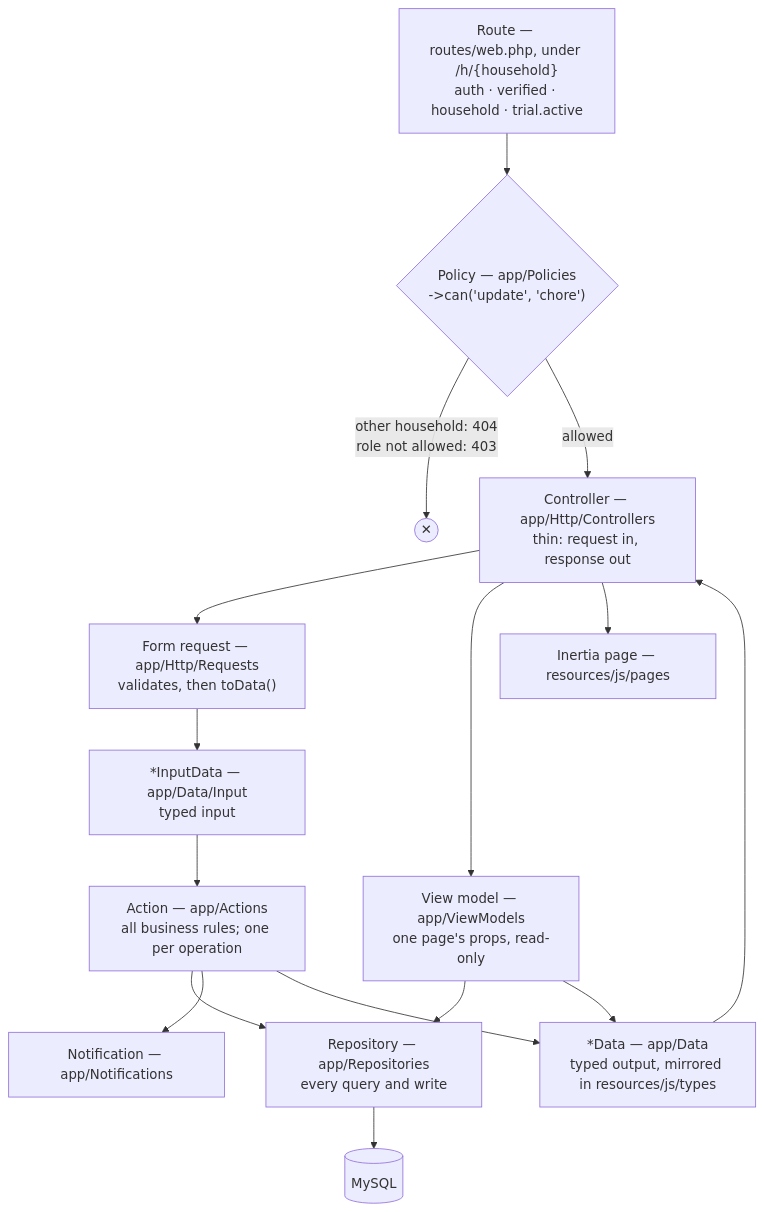
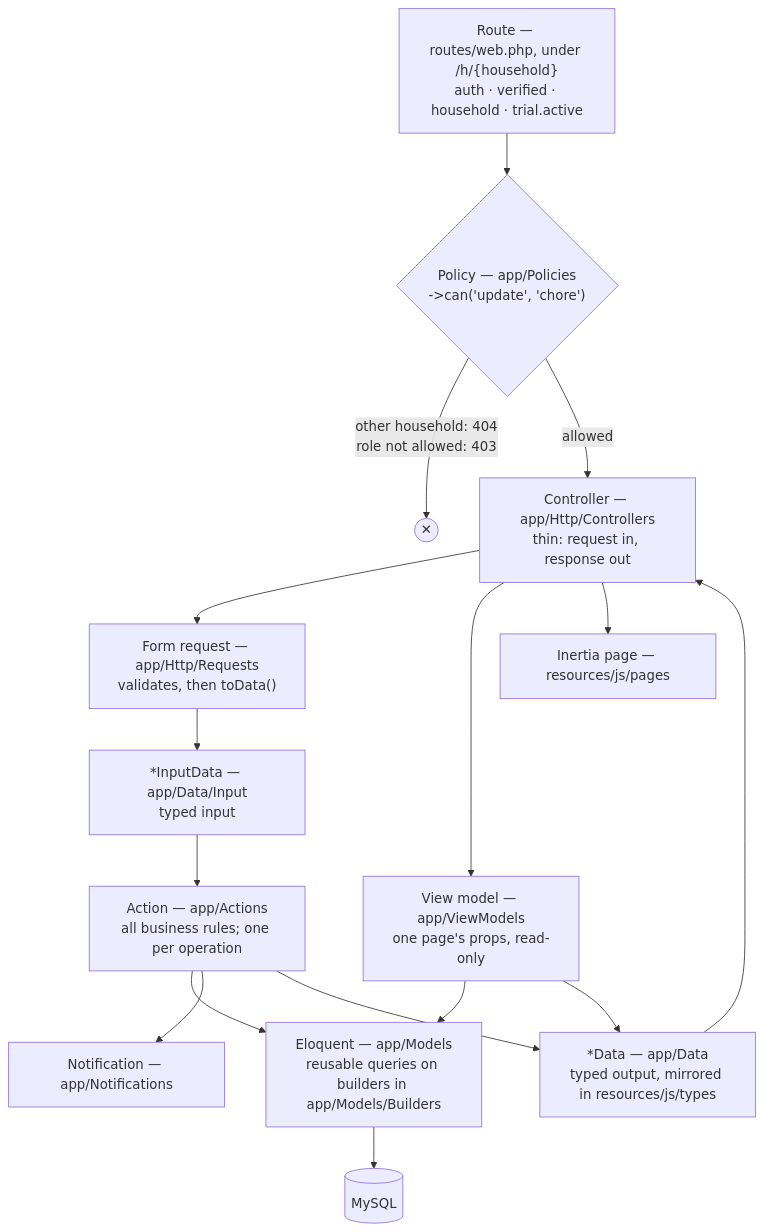
The fourth of 5 diagrams in README.md (owensanders/ryh), drawn with Mermaid before and after one commit. The commit also changed other lines of this file and 15 other files, not shown here.

First line of the commit message:
Replace the chore repository with Eloquent and a builder

````diff
--- a/README.md
+++ b/README.md
@@ -245,26 +245,26 @@
 ```mermaid
 flowchart TD
     route["Route — routes/web.php, under /h/{household}<br/>auth · verified · household · trial.active"]
     policy{"Policy — app/Policies<br/>->can('update', 'chore')"}
     controller["Controller — app/Http/Controllers<br/>thin: request in, response out"]
     request["Form request — app/Http/Requests<br/>validates, then toData()"]
     input["*InputData — app/Data/Input<br/>typed input"]
     usecase["Action — app/Actions<br/>all business rules; one per operation"]
     viewmodel["View model — app/ViewModels<br/>one page's props, read-only"]
-    repo["Repository — app/Repositories<br/>every query and write"]
+    repo["Eloquent — app/Models<br/>reusable queries on builders in app/Models/Builders"]
     db[("MySQL")]
     data["*Data — app/Data<br/>typed output, mirrored in resources/js/types"]
     page["Inertia page — resources/js/pages"]
     notification["Notification — app/Notifications"]
 
     route --> policy
     policy -- "other household: 404<br/>role not allowed: 403" --> stop(("✕"))
     policy -- "allowed" --> controller
     controller --> request --> input --> usecase
     usecase --> repo --> db
     usecase --> notification
     usecase --> data --> controller
     controller --> viewmodel --> repo
     viewmodel --> data
     controller --> page
 ```
````
